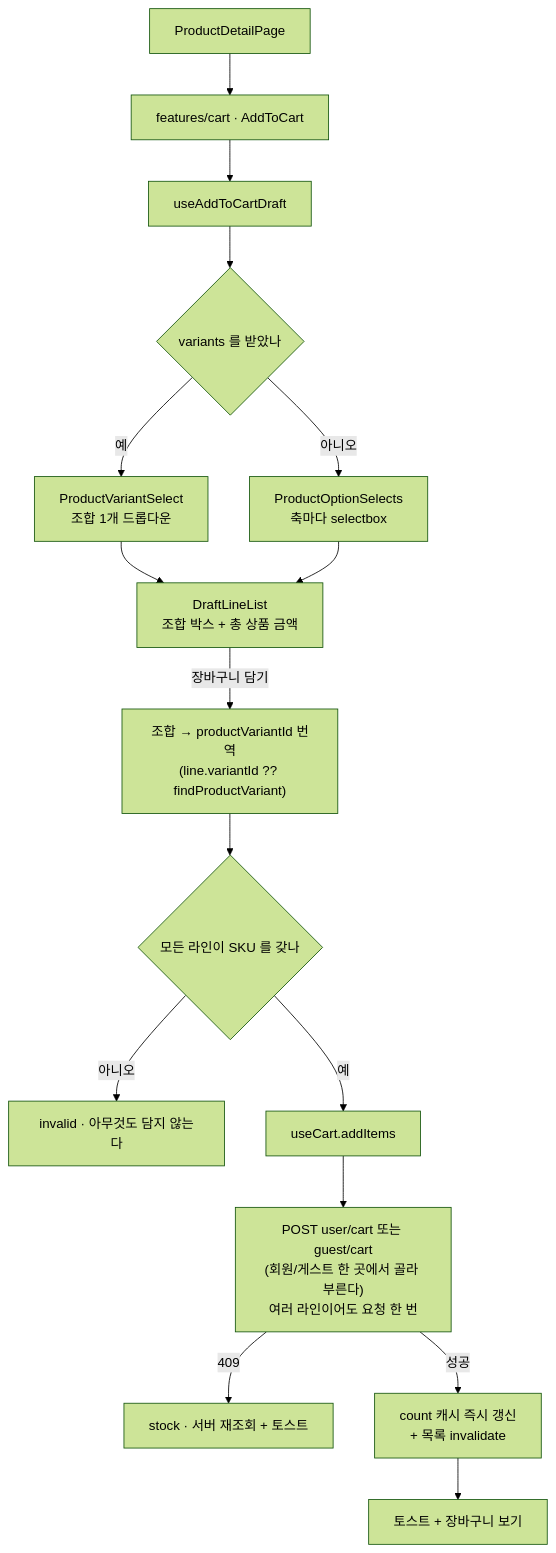
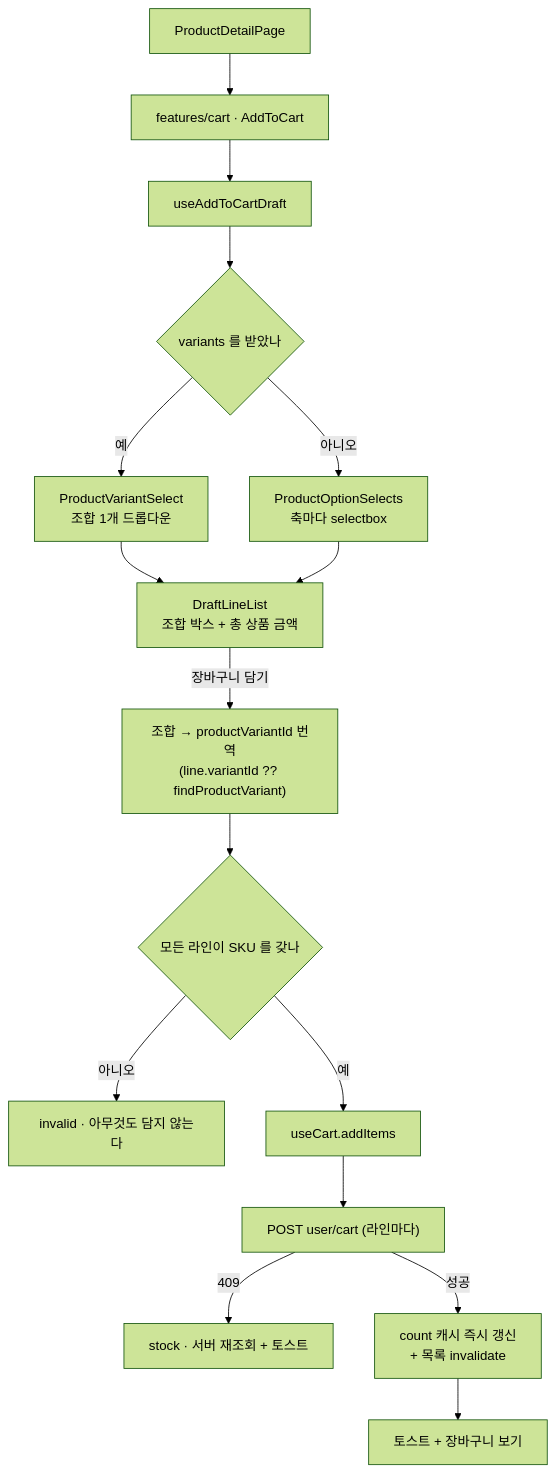
The first of 2 diagrams in apps/web/docs/cart.md (SeoulMomentTech/seoul-moment-fe), drawn with Mermaid (forest theme) before and after one commit. The commit also changed other lines of this file and 43 other files, not shown here.

First line of the commit message:
revert(web): revert the guest cart (#307)

````diff
--- a/apps/web/docs/cart.md
+++ b/apps/web/docs/cart.md
@@ -84,18 +64,18 @@
 ```mermaid
 flowchart TD
   A["ProductDetailPage"] --> B["features/cart · AddToCart"]
   B --> C["useAddToCartDraft"]
   C --> D{"variants 를 받았나"}
   D -->|"예"| E["ProductVariantSelect<br/>조합 1개 드롭다운"]
   D -->|"아니오"| F["ProductOptionSelects<br/>축마다 selectbox"]
   E --> G["DraftLineList<br/>조합 박스 + 총 상품 금액"]
   F --> G
   G -->|"장바구니 담기"| H["조합 → productVariantId 번역<br/>(line.variantId ?? findProductVariant)"]
   H --> I{"모든 라인이 SKU 를 갖나"}
   I -->|"아니오"| J["invalid · 아무것도 담지 않는다"]
   I -->|"예"| K["useCart.addItems"]
-  K --> L["POST user/cart 또는 guest/cart<br/>(회원/게스트 한 곳에서 골라 부른다)<br/>여러 라인이어도 요청 한 번"]
+  K --> L["POST user/cart (라인마다)"]
   L -->|"409"| M["stock · 서버 재조회 + 토스트"]
   L -->|"성공"| N["count 캐시 즉시 갱신<br/>+ 목록 invalidate"]
   N --> O["토스트 + 장바구니 보기"]
 ```
````
